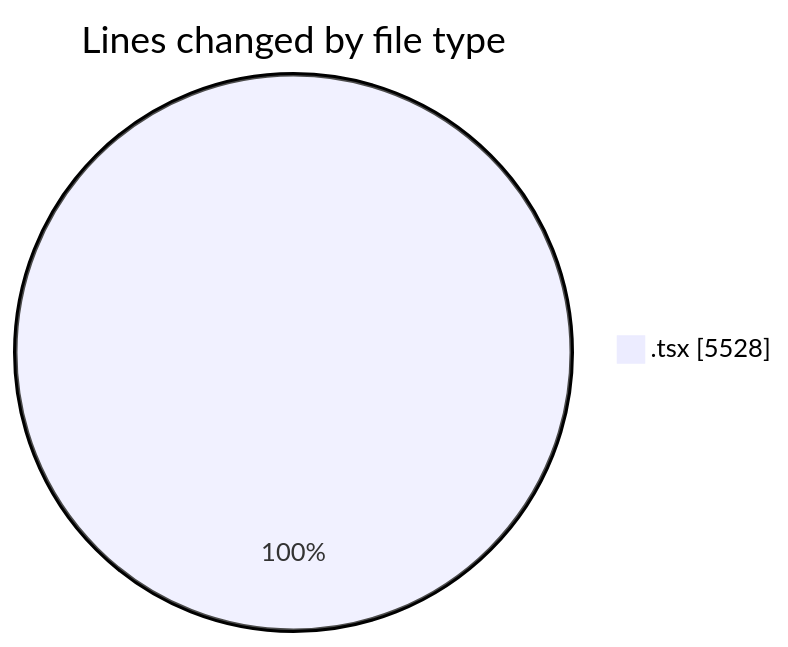
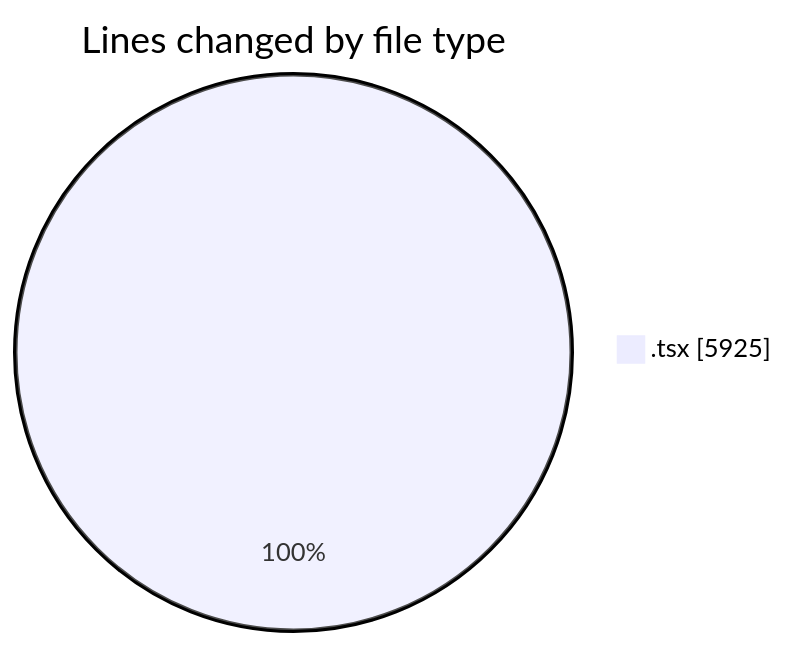
The first of 2 diagrams in 2026-05-22/nxtqube_webapp/README.md (nxtqubesakshisongat/code-tracking), drawn with Mermaid before and after one commit. The commit also changed other lines of this file and 1 other file, not shown here.

````diff
--- a/2026-05-22/nxtqube_webapp/README.md
+++ b/2026-05-22/nxtqube_webapp/README.md
@@ -22,5 +23,5 @@
 ```mermaid
 pie showData
 title Lines changed by file type
-".tsx" : 5528
+".tsx" : 5925
 ```
````
